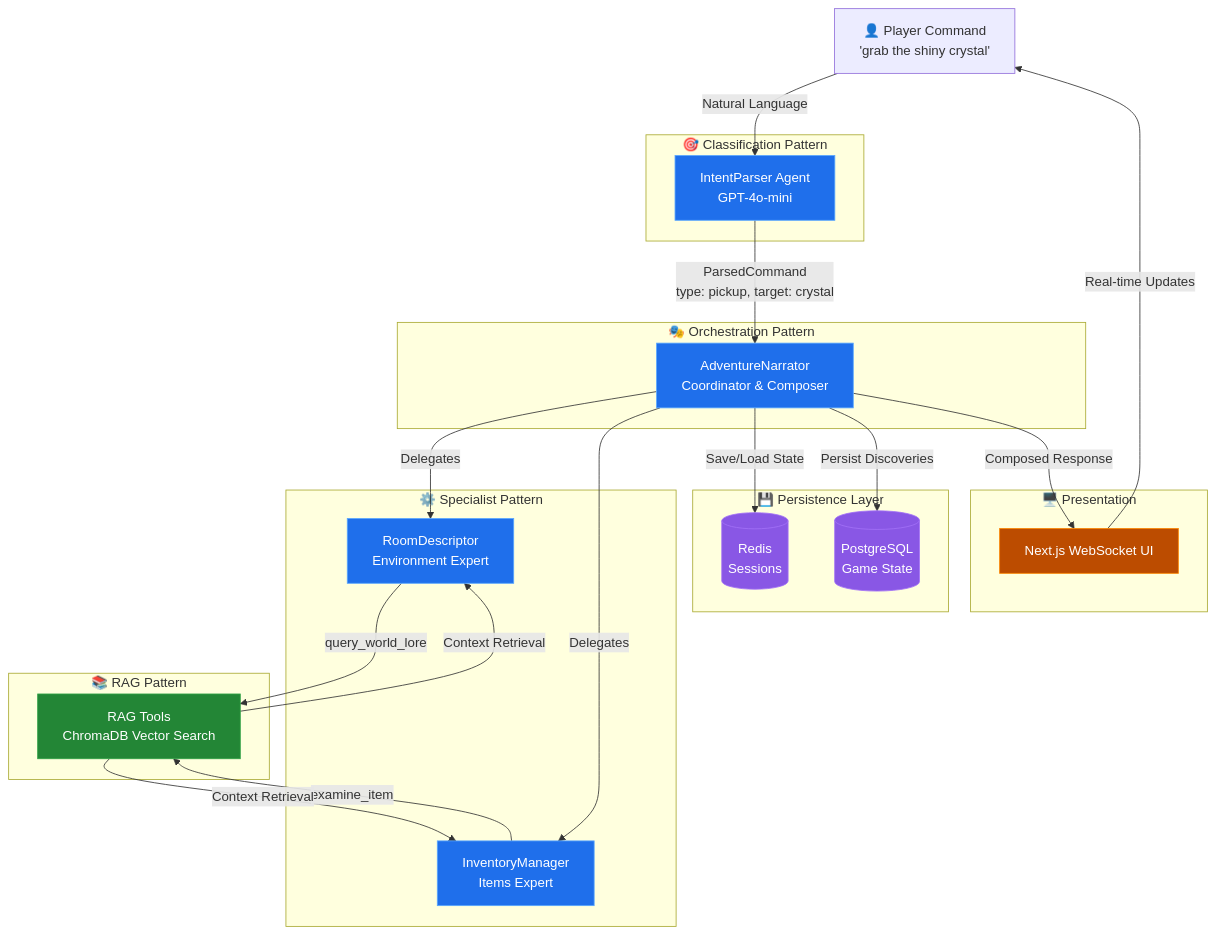
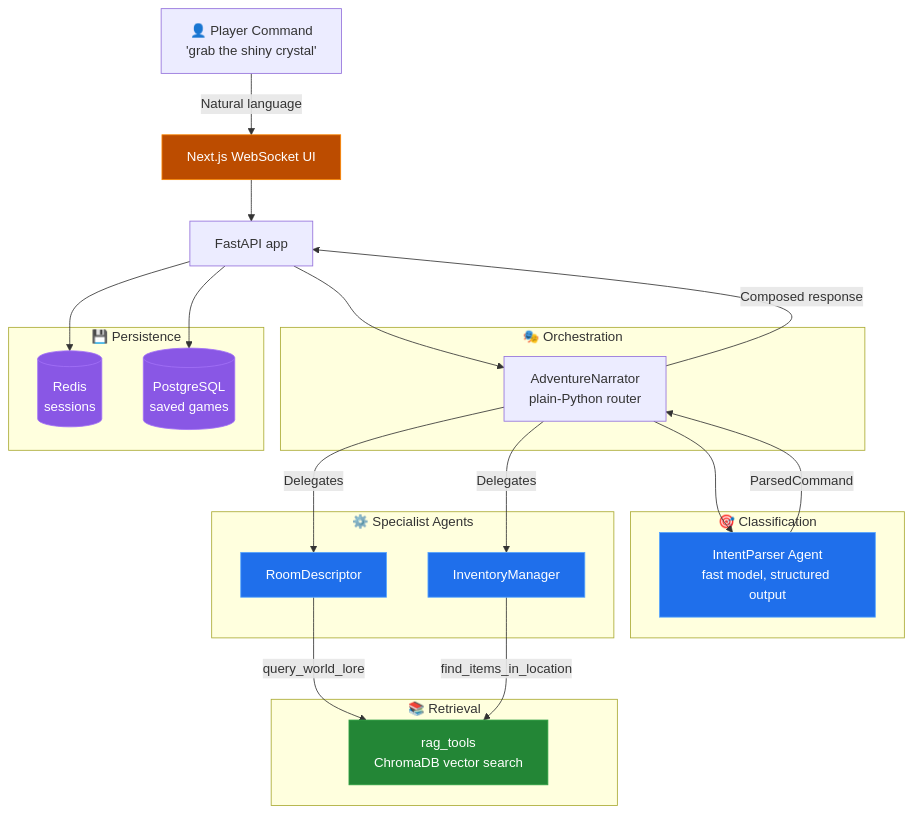
Before and after one commit to jasonbgarland/pydantic_ai_demo: the diagram in README.md, drawn with Mermaid. The commit also changed other lines of this file and 1 other file, not shown here.

````diff
--- a/README.md
+++ b/README.md
@@ -42,53 +39,52 @@
 ```mermaid
 graph TB
     Player[👤 Player Command<br/>'grab the shiny crystal']
 
-    subgraph Classification["🎯 Classification Pattern"]
-        IntentParser[IntentParser Agent<br/>GPT-4o-mini]
+    subgraph Classification["🎯 Classification"]
+        IntentParser[IntentParser Agent<br/>fast model, structured output]
     end
 
-    subgraph Orchestration["🎭 Orchestration Pattern"]
-        Narrator[AdventureNarrator<br/>Coordinator & Composer]
+    subgraph Orchestration["🎭 Orchestration"]
+        Narrator[AdventureNarrator<br/>plain-Python router]
     end
 
-    subgraph Specialists["⚙️ Specialist Pattern"]
-        Room[RoomDescriptor<br/>Environment Expert]
-        Inventory[InventoryManager<br/>Items Expert]
+    subgraph Specialists["⚙️ Specialist Agents"]
+        Room[RoomDescriptor]
+        Inventory[InventoryManager]
     end
 
-    subgraph RAG["📚 RAG Pattern"]
-        Tools[RAG Tools<br/>ChromaDB Vector Search]
+    subgraph RAG["📚 Retrieval"]
+        Tools[rag_tools<br/>ChromaDB vector search]
     end
 
-    subgraph Storage["💾 Persistence Layer"]
-        Redis[(Redis<br/>Sessions)]
-        Postgres[(PostgreSQL<br/>Game State)]
+    subgraph Storage["💾 Persistence"]
+        Redis[(Redis<br/>sessions)]
+        Postgres[(PostgreSQL<br/>saved games)]
     end
 
-    subgraph Frontend["🖥️ Presentation"]
-        UI[Next.js WebSocket UI]
-    end
+    UI[Next.js WebSocket UI]
+    API[FastAPI app]
 
-    Player -->|Natural Language| IntentParser
-    IntentParser -->|ParsedCommand<br/>type: pickup, target: crystal| Narrator
+    Player -->|Natural language| UI
+    UI --> API
+    API --> Narrator
+    Narrator --> IntentParser
+    IntentParser -->|ParsedCommand| Narrator
     Narrator -->|Delegates| Room
     Narrator -->|Delegates| Inventory
     Room -->|query_world_lore| Tools
-    Inventory -->|examine_item| Tools
-    Tools -->|Context Retrieval| Room
-    Tools -->|Context Retrieval| Inventory
-    Narrator -->|Save/Load State| Redis
-    Narrator -->|Persist Discoveries| Postgres
-    Narrator -->|Composed Response| UI
-    UI -->|Real-time Updates| Player
+    Inventory -->|find_items_in_location| Tools
+    API --> Redis
+    API --> Postgres
+    Narrator -->|Composed response| API
 
     classDef agentStyle fill:#1f6feb,stroke:#58a6ff,color:#fff
     classDef toolStyle fill:#238636,stroke:#2ea043,color:#fff
     classDef storageStyle fill:#8957e5,stroke:#a371f7,color:#fff
     classDef uiStyle fill:#bc4c00,stroke:#fb8500,color:#fff
 
-    class IntentParser,Narrator,Room,Inventory,Entity agentStyle
+    class IntentParser,Room,Inventory agentStyle
     class Tools toolStyle
     class Redis,Postgres storageStyle
     class UI uiStyle
 ```
````
